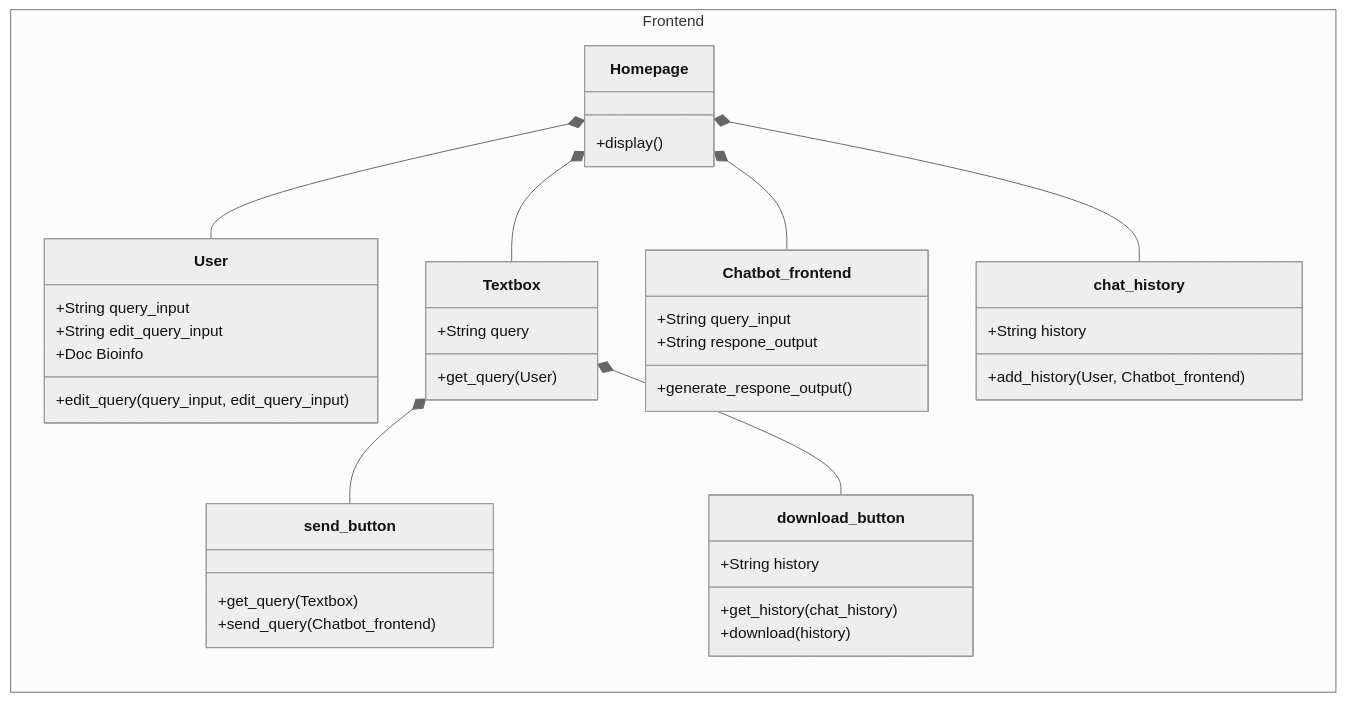
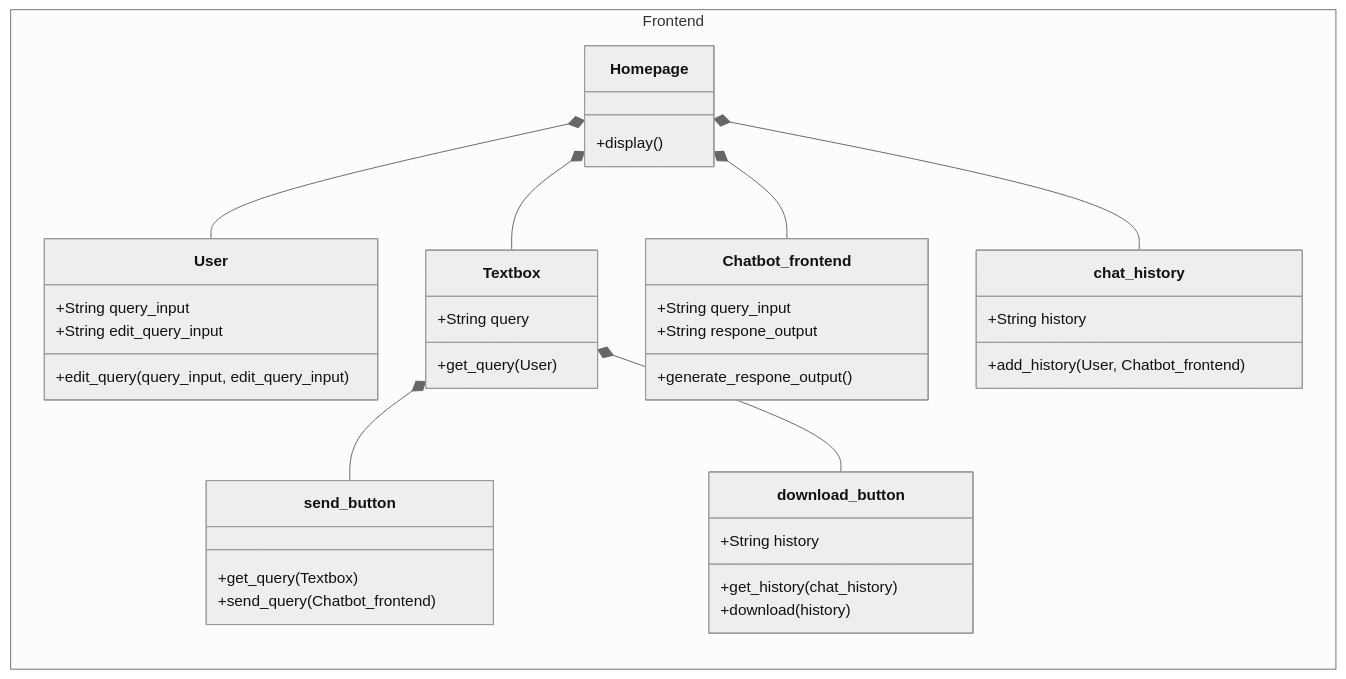
Before and after one commit to Capstone-Projects-2025-Spring/project-003-bioinformatics-chatbot: the second of 3 diagrams in documentation/docs/system-architecture/Class_Diagram.md, drawn with Mermaid (neutral theme). The commit also changed other lines of this file, not shown here.

First line of the commit message:
Update Class_Diagram.md

````diff
--- a/documentation/docs/system-architecture/Class_Diagram.md
+++ b/documentation/docs/system-architecture/Class_Diagram.md
@@ -93,50 +98,49 @@
 ```mermaid
 classDiagram
 direction BT
 	namespace Frontend {
         class Homepage {
 	        +display()
         }
 
         class Chatbot_frontend {
 	        +String query_input
 	        +String respone_output
 	        +generate_respone_output()
         }
 
         class chat_history {
 	        +String history
 	        +add_history(User, Chatbot_frontend)
         }
 
         class User {
 	        +String query_input
 	        +String edit_query_input
-	        +Doc Bioinfo
 	        +edit_query(query_input, edit_query_input)
         }
 
         class Textbox {
 	        +String query
 	        +get_query(User)
         }
 
         class send_button {
 	        +get_query(Textbox)
 	        +send_query(Chatbot_frontend)
         }
 
         class download_button {
 	        +String history
 	        +get_history(chat_history)
 	        +download(history)
         }
 
 	}
     Homepage *-- User
     Homepage *-- Textbox
     Homepage *-- Chatbot_frontend
     Homepage *-- chat_history
     Textbox *-- send_button
     Textbox *-- download_button
 ```
````
